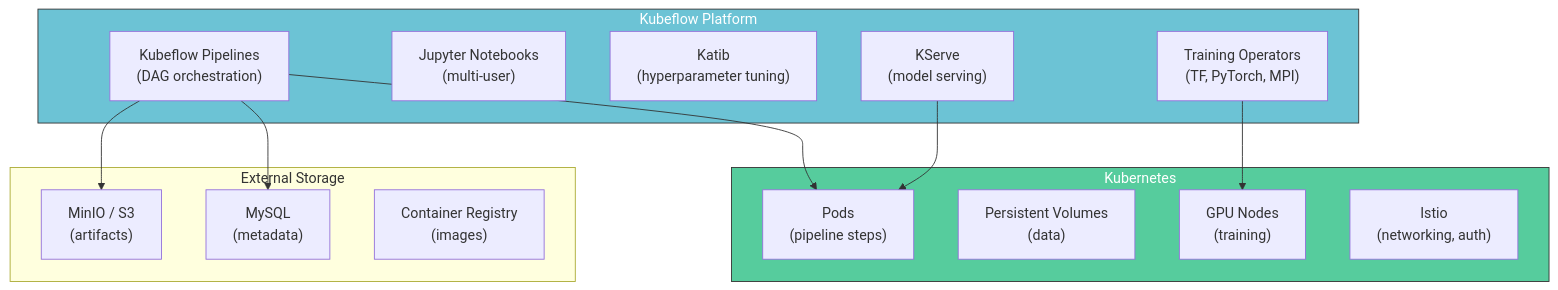
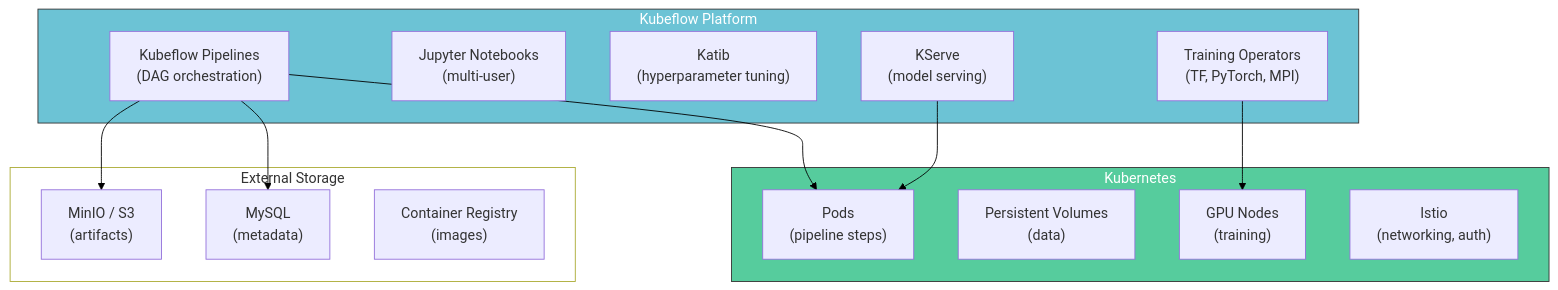
The second of 10 diagrams in posts/aiops-interview/MLOps-Interview-QA-5.qmd (tanquangduong/tanquangduong.github.io), drawn with Mermaid before and after one commit. The commit also changed other lines of this file and 204 other files, not shown here.

````diff
--- a/posts/aiops-interview/MLOps-Interview-QA-5.qmd
+++ b/posts/aiops-interview/MLOps-Interview-QA-5.qmd
@@ -168,32 +170,34 @@
 ```{mermaid}
 graph TD
+    linkStyle default stroke:#000,color:#000
     subgraph Kubeflow["Kubeflow Platform"]
         KFP["Kubeflow Pipelines<br/>(DAG orchestration)"]
         NOTEBOOKS["Jupyter Notebooks<br/>(multi-user)"]
         KATIB["Katib<br/>(hyperparameter tuning)"]
         TRAINING_OP["Training Operators<br/>(TF, PyTorch, MPI)"]
         KSERVE["KServe<br/>(model serving)"]
     end
 
     subgraph K8S["Kubernetes"]
         PODS["Pods<br/>(pipeline steps)"]
         PV["Persistent Volumes<br/>(data)"]
         GPU["GPU Nodes<br/>(training)"]
         ISTIO["Istio<br/>(networking, auth)"]
     end
 
     subgraph Storage["External Storage"]
         MINIO["MinIO / S3<br/>(artifacts)"]
         MYSQL["MySQL<br/>(metadata)"]
         REG["Container Registry<br/>(images)"]
     end
 
     KFP --> PODS
     TRAINING_OP --> GPU
     KSERVE --> PODS
     KFP --> MINIO
     KFP --> MYSQL
 
     style Kubeflow fill:#6cc3d5,stroke:#333,color:#fff
     style K8S fill:#56cc9d,stroke:#333,color:#fff
+    style Storage fill:#fff
 ```
````
